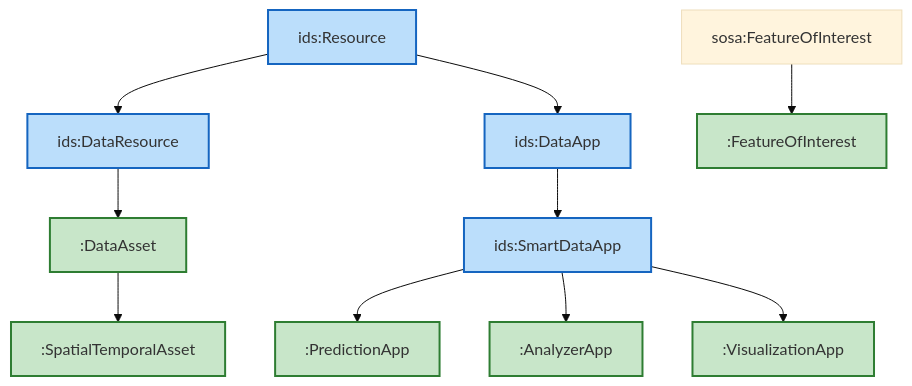
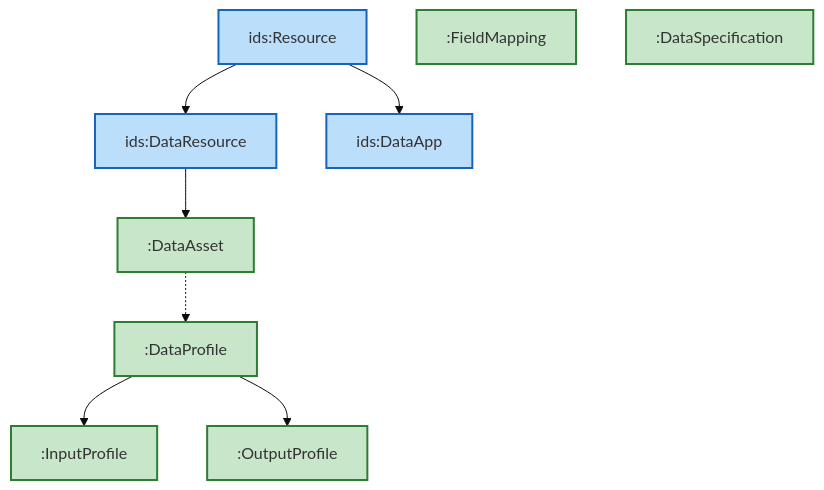
Before and after one commit to KhaosResearch/EDAAnOWL: the second of 4 diagrams in docs/ONTOLOGY_OVERVIEW_DIAGRAM_ES.md, drawn with Mermaid (base theme). The commit also changed other lines of this file and 9 other files, not shown here.

First line of the commit message:
docs: update architecture documentation and guides for v1.0.0

````diff
--- a/docs/ONTOLOGY_OVERVIEW_DIAGRAM_ES.md
+++ b/docs/ONTOLOGY_OVERVIEW_DIAGRAM_ES.md
@@ -11,31 +44,27 @@
 ```mermaid
 flowchart TD
     classDef idsa fill:#bbdefb,stroke:#1565c0,stroke-width:2px
     classDef edaan fill:#c8e6c9,stroke:#2e7d32,stroke-width:2px
 
     R["ids:Resource"]
     DR["ids:DataResource"]
     DA["ids:DataApp"]
-    SDA["ids:SmartDataApp"]
 
     R --> DR
     R --> DA
-    DA --> SDA
 
     DataAsset[":DataAsset"]
-    STA[":SpatialTemporalAsset"]
-    PA[":PredictionApp"]
-    AA[":AnalyzerApp"]
-    VA[":VisualizationApp"]
-    FOI[":FeatureOfInterest"]
+    FieldMap[":FieldMapping"]
+    DataSpec[":DataSpecification"]
+    DataProf[":DataProfile"]
+    InProf[":InputProfile"]
+    OutProf[":OutputProfile"]
 
     DR --> DataAsset
-    DataAsset --> STA
-    SDA --> PA
-    SDA --> AA
-    SDA --> VA
-    SOSA_FOI["sosa:FeatureOfInterest"] --> FOI
-
-    class R,DR,DA,SDA idsa
-    class DataAsset,STA,PA,AA,VA,FOI edaan
+    DataAsset -.-> DataProf
+    DataProf --> InProf
+    DataProf --> OutProf
+    
+    class R,DR,DA idsa
+    class DataAsset,FieldMap,DataSpec,DataProf,InProf,OutProf edaan
 ```
````
